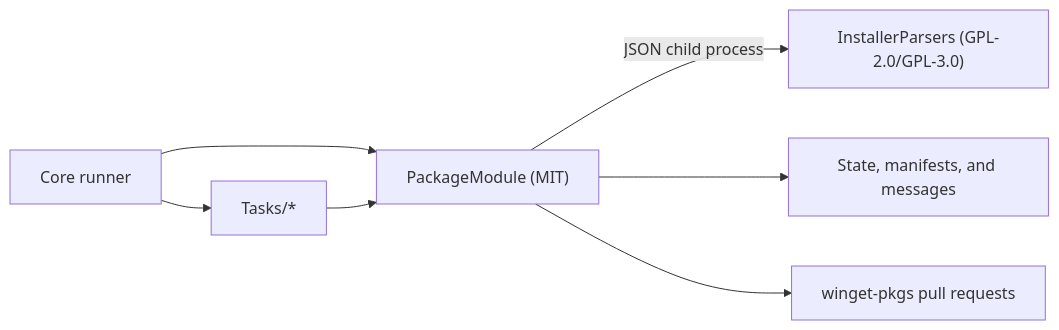
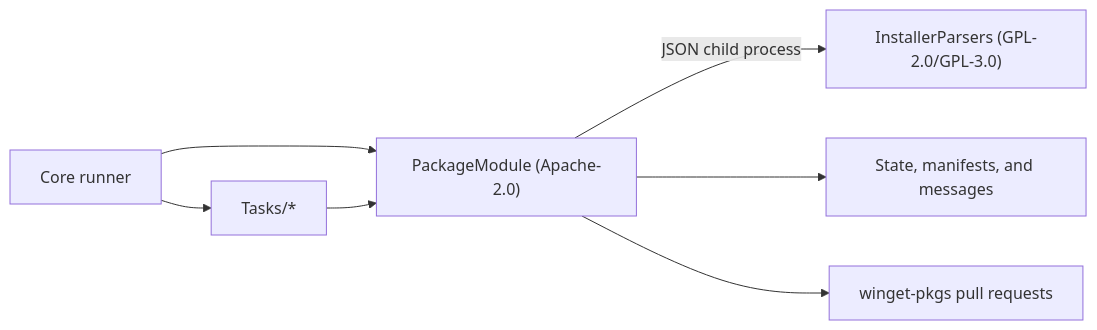
Before and after one commit to SpecterShell/Dumplings: the diagram in README.md, drawn with Mermaid. The commit also changed other lines of this file and 1 other file, not shown here.

````diff
--- a/README.md
+++ b/README.md
@@ -18,9 +18,9 @@
 ```mermaid
 flowchart LR
     Core["Core runner"] --> Tasks["Tasks/*"]
-    Core --> Package["PackageModule (MIT)"]
+    Core --> Package["PackageModule (Apache-2.0)"]
     Tasks --> Package
     Package -->|"JSON child process"| Parsers["InstallerParsers (GPL-2.0/GPL-3.0)"]
     Package --> Output["State, manifests, and messages"]
     Package --> Winget["winget-pkgs pull requests"]
 ```
````
